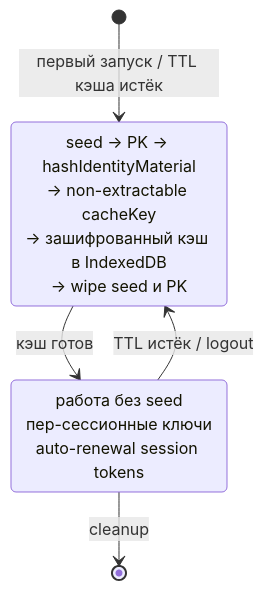
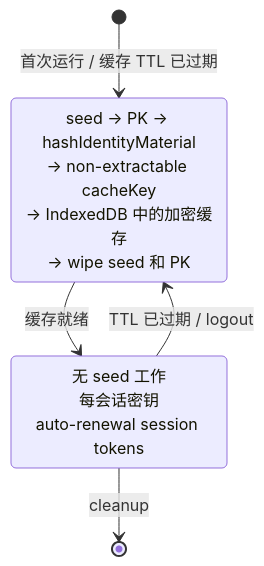
The diagram in src/content/blog/zh/e2ee-seed-derived-identity.md (me2em-org/me2em-website), drawn with Mermaid before and after one commit. The commit also changed other lines of this file and 3 other files, not shown here.

````diff
--- a/src/content/blog/zh/e2ee-seed-derived-identity.md
+++ b/src/content/blog/zh/e2ee-seed-derived-identity.md
@@ -127,9 +126,9 @@
 ```mermaid
 stateDiagram-v2
-    [*] --> ColdLogin: первый запуск / TTL кэша истёк
-    ColdLogin: seed → PK → hashIdentityMaterial<br/>→ non-extractable cacheKey<br/>→ зашифрованный кэш в IndexedDB<br/>→ wipe seed и PK
-    ColdLogin --> WarmSessions: кэш готов
-    WarmSessions: работа без seed<br/>пер-сессионные ключи<br/>auto-renewal session tokens
-    WarmSessions --> ColdLogin: TTL истёк / logout
+    [*] --> ColdLogin: 首次运行 / 缓存 TTL 已过期
+    ColdLogin: seed → PK → hashIdentityMaterial<br/>→ non-extractable cacheKey<br/>→ IndexedDB 中的加密缓存<br/>→ wipe seed 和 PK
+    ColdLogin --> WarmSessions: 缓存就绪
+    WarmSessions: 无 seed 工作<br/>每会话密钥<br/>auto-renewal session tokens
+    WarmSessions --> ColdLogin: TTL 已过期 / logout
     WarmSessions --> [*]: cleanup
 ```
````
